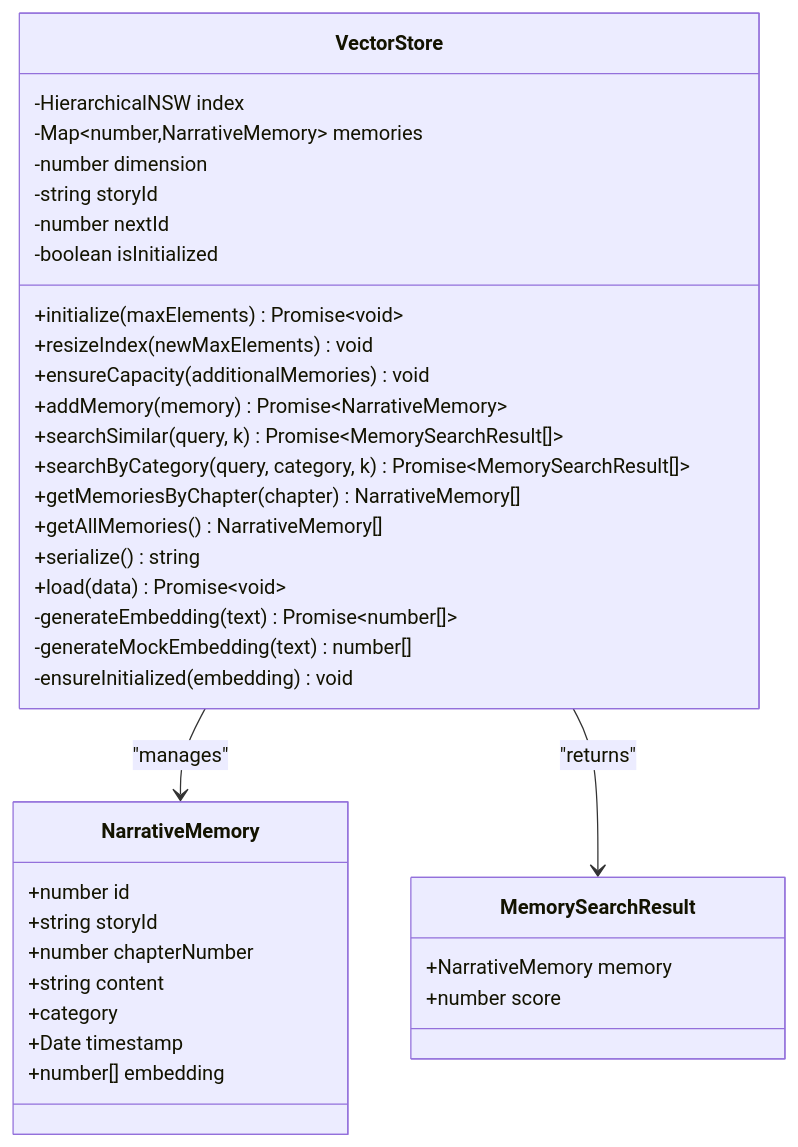
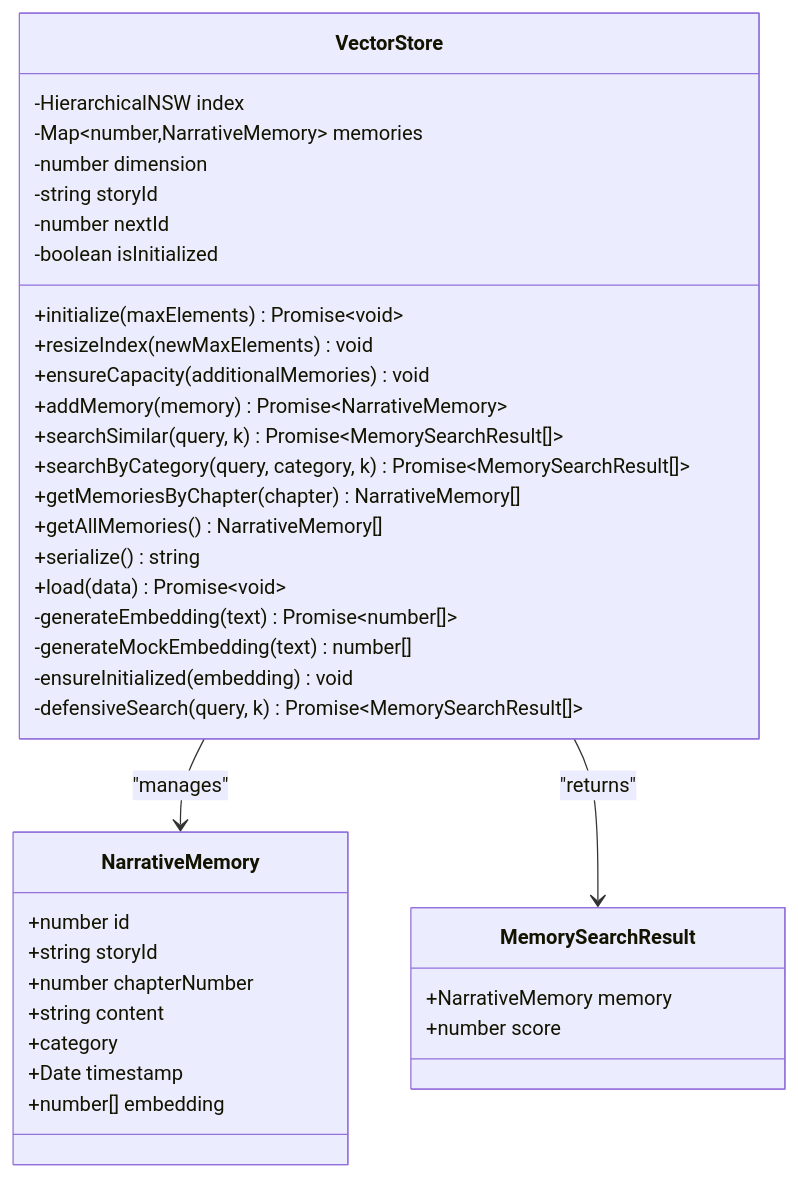
One commit to liwonder/NARRITIVE_OS changed the second of 12 diagrams in .qoder/repowiki/en/content/Memory Management System/Vector Memory System.md. Above: the diagram before and after it, drawn with Mermaid. The commit also changed other lines of this file and 17 other files, not shown here.

````diff
--- a/.qoder/repowiki/en/content/Memory Management System/Vector Memory System.md
+++ b/.qoder/repowiki/en/content/Memory Management System/Vector Memory System.md
@@ -114,39 +121,40 @@
 ```mermaid
 classDiagram
 class VectorStore {
 -HierarchicalNSW index
 -Map~number,NarrativeMemory~ memories
 -number dimension
 -string storyId
 -number nextId
 -boolean isInitialized
 +initialize(maxElements) Promise~void~
 +resizeIndex(newMaxElements) void
 +ensureCapacity(additionalMemories) void
 +addMemory(memory) Promise~NarrativeMemory~
 +searchSimilar(query, k) Promise~MemorySearchResult[]~
 +searchByCategory(query, category, k) Promise~MemorySearchResult[]~
 +getMemoriesByChapter(chapter) NarrativeMemory[]
 +getAllMemories() NarrativeMemory[]
 +serialize() string
 +load(data) Promise~void~
 -generateEmbedding(text) Promise~number[]~
 -generateMockEmbedding(text) number[]
 -ensureInitialized(embedding) void
+-defensiveSearch(query, k) Promise~MemorySearchResult[]~
 }
 class NarrativeMemory {
 +number id
 +string storyId
 +number chapterNumber
 +string content
 +category
 +Date timestamp
 +number[] embedding
 }
 class MemorySearchResult {
 +NarrativeMemory memory
 +number score
 }
 VectorStore --> NarrativeMemory : "manages"
 VectorStore --> MemorySearchResult : "returns"
 ```
````
